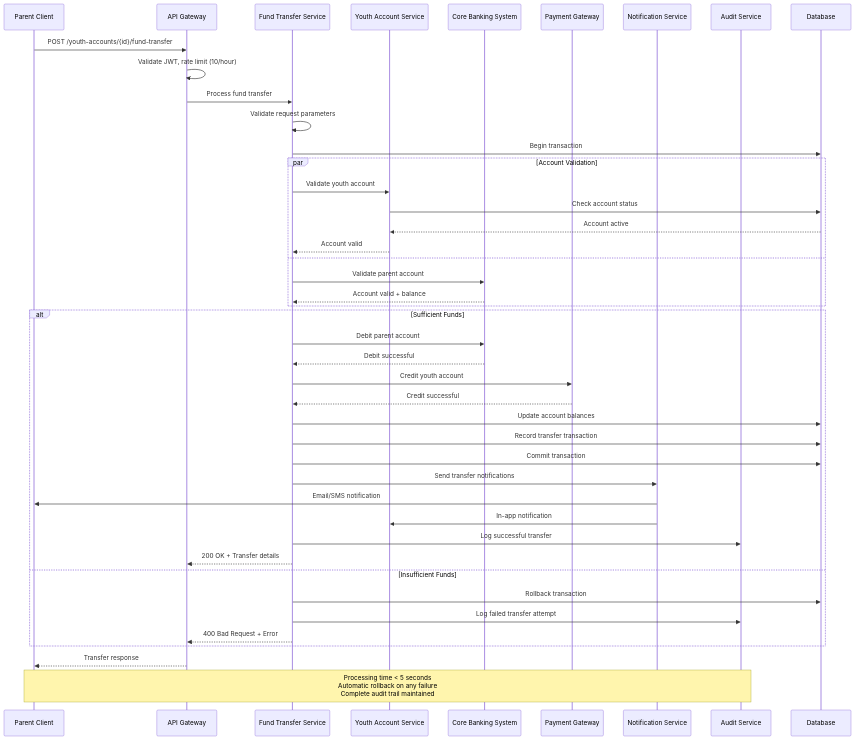
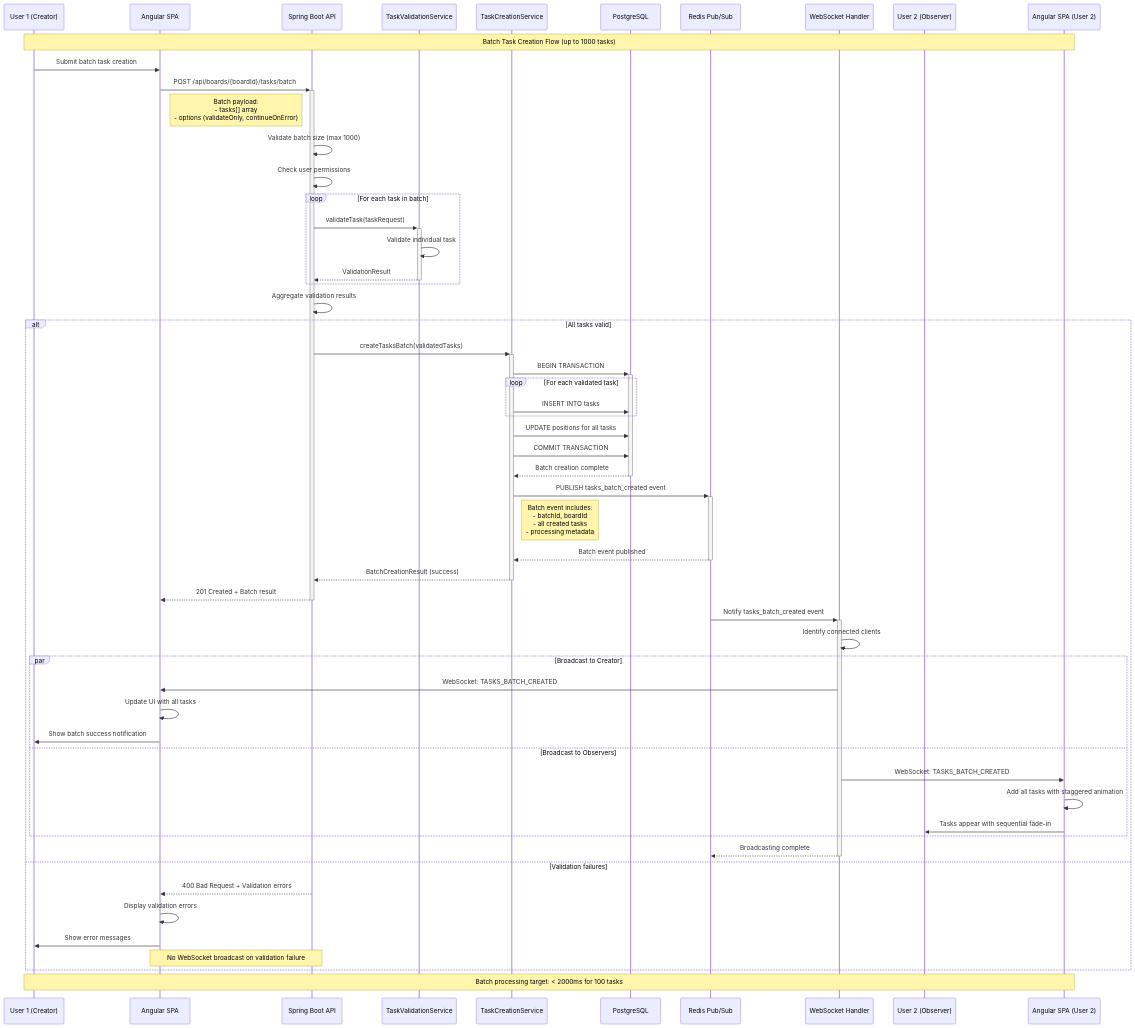
One commit to ThapaswiASC/SCIB-INCEPTION-PHASE-DEMO changed the second of 6 diagrams in API Development/Components and Sequence Diagrams/sequence_diagram.md. Above: the diagram before and after it, drawn with Mermaid. The commit also changed other lines of this file and 2 other files, not shown here.

````diff
--- a/API Development/Components and Sequence Diagrams/sequence_diagram.md
+++ b/API Development/Components and Sequence Diagrams/sequence_diagram.md
@@ -114,57 +97,80 @@
 ```mermaid
 sequenceDiagram
-    participant Parent as Parent Client
-    participant Gateway as API Gateway
-    participant TransferSvc as Fund Transfer Service
-    participant YouthSvc as Youth Account Service
-    participant CoreBank as Core Banking System
-    participant PayGateway as Payment Gateway
-    participant NotifSvc as Notification Service
-    participant Audit as Audit Service
-    participant DB as Database
+    participant U1 as User 1 (Creator)
+    participant UI1 as Angular SPA
+    participant API as Spring Boot API
+    participant VS as TaskValidationService
+    participant TCS as TaskCreationService
+    participant DB as PostgreSQL
+    participant Redis as Redis Pub/Sub
+    participant WS as WebSocket Handler
+    participant U2 as User 2 (Observer)
+    participant UI2 as Angular SPA (User 2)
     
-    Parent->>Gateway: POST /youth-accounts/{id}/fund-transfer
-    Gateway->>Gateway: Validate JWT, rate limit (10/hour)
-    Gateway->>TransferSvc: Process fund transfer
+    Note over U1, UI2: Batch Task Creation Flow (up to 1000 tasks)
     
-    TransferSvc->>TransferSvc: Validate request parameters
-    TransferSvc->>DB: Begin transaction
+    %% Batch Request
+    U1->>UI1: Submit batch task creation
+    UI1->>+API: POST /api/boards/{boardId}/tasks/batch
+    Note right of UI1: Batch payload:<br/>- tasks[] array<br/>- options (validateOnly, continueOnError)
     
-    par Account Validation
-        TransferSvc->>YouthSvc: Validate youth account
-        YouthSvc->>DB: Check account status
-        DB-->>YouthSvc: Account active
-        YouthSvc-->>TransferSvc: Account valid
-    and
-        TransferSvc->>CoreBank: Validate parent account
-        CoreBank-->>TransferSvc: Account valid + balance
+    API->>API: Validate batch size (max 1000)
+    API->>API: Check user permissions
+    
+    %% Batch Validation
+    loop For each task in batch
+        API->>+VS: validateTask(taskRequest)
+        VS->>VS: Validate individual task
+        VS-->>-API: ValidationResult
     end
     
-    alt Sufficient Funds
-        TransferSvc->>CoreBank: Debit parent account
-        CoreBank-->>TransferSvc: Debit successful
+    API->>API: Aggregate validation results
+    
+    alt All tasks valid
+        %% Batch Creation
+        API->>+TCS: createTasksBatch(validatedTasks)
+        TCS->>+DB: BEGIN TRANSACTION
         
-        TransferSvc->>PayGateway: Credit youth account
-        PayGateway-->>TransferSvc: Credit successful
+        loop For each validated task
+            TCS->>DB: INSERT INTO tasks
+        end
         
-        TransferSvc->>DB: Update account balances
-        TransferSvc->>DB: Record transfer transaction
-        TransferSvc->>DB: Commit transaction
+        TCS->>DB: UPDATE positions for all tasks
+        TCS->>DB: COMMIT TRANSACTION
+        DB-->>-TCS: Batch creation complete
         
-        TransferSvc->>NotifSvc: Send transfer notifications
-        NotifSvc->>Parent: Email/SMS notification
-        NotifSvc->>YouthSvc: In-app notification
+        %% Batch Event Publishing
+        TCS->>+Redis: PUBLISH tasks_batch_created event
+        Note right of TCS: Batch event includes:<br/>- batchId, boardId<br/>- all created tasks<br/>- processing metadata
+        Redis-->>-TCS: Batch event published
         
-        TransferSvc->>Audit: Log successful transfer
-        TransferSvc-->>Gateway: 200 OK + Transfer details
+        TCS-->>-API: BatchCreationResult (success)
+        API-->>-UI1: 201 Created + Batch result
         
-    else Insufficient Funds
-        TransferSvc->>DB: Rollback transaction
-        TransferSvc->>Audit: Log failed transfer attempt
-        TransferSvc-->>Gateway: 400 Bad Request + Error
+        %% Real-time Broadcasting
+        Redis->>+WS: Notify tasks_batch_created event
+        WS->>WS: Identify connected clients
+        
+        %% Broadcast to all connected users
+        par Broadcast to Creator
+            WS->>UI1: WebSocket: TASKS_BATCH_CREATED
+            UI1->>UI1: Update UI with all tasks
+            UI1->>U1: Show batch success notification
+        and Broadcast to Observers
+            WS->>UI2: WebSocket: TASKS_BATCH_CREATED
+            UI2->>UI2: Add all tasks with staggered animation
+            UI2->>U2: Tasks appear with sequential fade-in
+        end
+        
+        WS-->>-Redis: Broadcasting complete
+        
+    else Validation failures
+        API-->>UI1: 400 Bad Request + Validation errors
+        UI1->>UI1: Display validation errors
+        UI1->>U1: Show error messages
+        
+        Note over API, UI1: No WebSocket broadcast on validation failure
     end
     
-    Gateway-->>Parent: Transfer response
-    
-    Note over Parent,Audit: Processing time < 5 seconds<br/>Automatic rollback on any failure<br/>Complete audit trail maintained
+    Note over U1, UI2: Batch processing target: < 2000ms for 100 tasks
 ```
````
